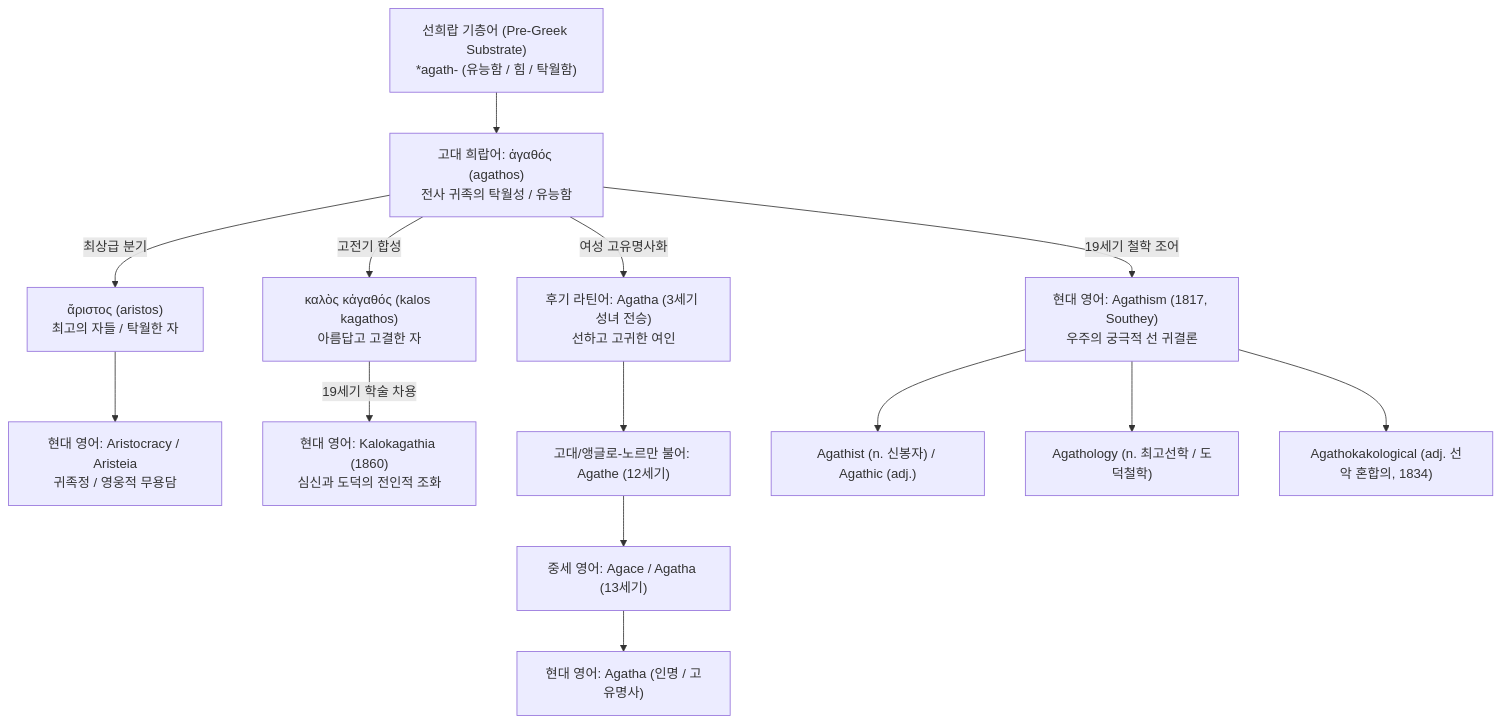
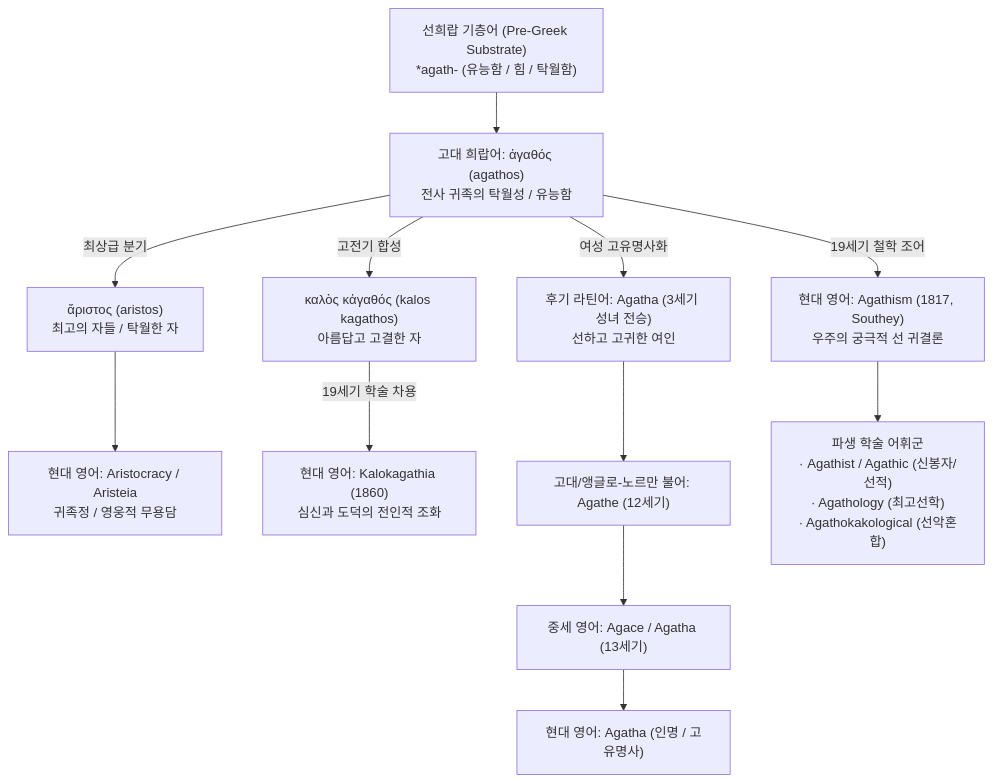
One commit to YgHnSIM/Homer_wiki changed the first of 2 diagrams in words/word-agathos.md. Above: the diagram before and after it, drawn with Mermaid. The commit also changed 5 other files, not shown here.

First line of the commit message:
fix(meta): 볼트 전역 Mermaid 다이어그램 겹침 및 간섭 일괄 최적화

````diff
--- a/words/word-agathos.md
+++ b/words/word-agathos.md
@@ -32,20 +32,18 @@
 ```mermaid
 graph TD
     SUB["선희랍 기층어 (Pre-Greek Substrate)<br/>*agath- (유능함 / 힘 / 탁월함)"] --> GRK["고대 희랍어: ἀγαθός (agathos)<br/>전사 귀족의 탁월성 / 유능함"]
     
     GRK -->|최상급 분기| GRK_SUP["ἄριστος (aristos)<br/>최고의 자들 / 탁월한 자"]
     GRK_SUP --> ENG_ARISTO["현대 영어: Aristocracy / Aristeia<br/>귀족정 / 영웅적 무용담"]
     
     GRK -->|고전기 합성| GRK_KALO["καλὸς κἀγαθός (kalos kagathos)<br/>아름답고 고결한 자"]
     GRK_KALO -->|19세기 학술 차용| ENG_KALO["현대 영어: Kalokagathia (1860)<br/>심신과 도덕의 전인적 조화"]
 
     GRK -->|여성 고유명사화| LAT_AGA["후기 라틴어: Agatha (3세기 성녀 전승)<br/>선하고 고귀한 여인"]
     LAT_AGA --> OFR["고대/앵글로-노르만 불어: Agathe (12세기)"]
     OFR --> ME_AGA["중세 영어: Agace / Agatha (13세기)"]
     ME_AGA --> ENG_AGA["현대 영어: Agatha (인명 / 고유명사)"]
 
     GRK -->|19세기 철학 조어| ENG_AGATHISM["현대 영어: Agathism (1817, Southey)<br/>우주의 궁극적 선 귀결론"]
-    ENG_AGATHISM --> DERIV1["Agathist (n. 신봉자) / Agathic (adj.)"]
-    ENG_AGATHISM --> DERIV2["Agathology (n. 최고선학 / 도덕철학)"]
-    ENG_AGATHISM --> DERIV3["Agathokakological (adj. 선악 혼합의, 1834)"]
+    ENG_AGATHISM --> DERIV["파생 학술 어휘군<br/>· Agathist / Agathic (신봉자/선적)<br/>· Agathology (최고선학)<br/>· Agathokakological (선악혼합)"]
 ```
````
